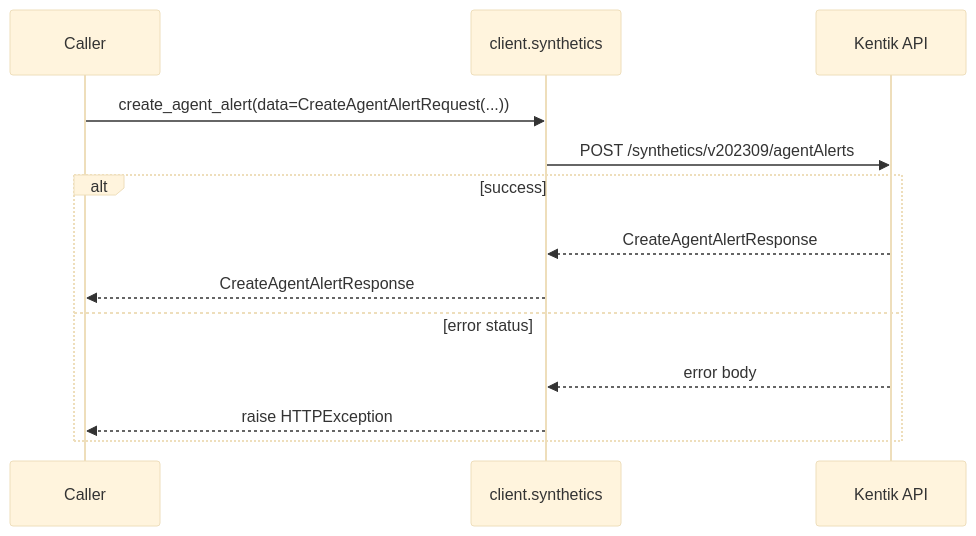
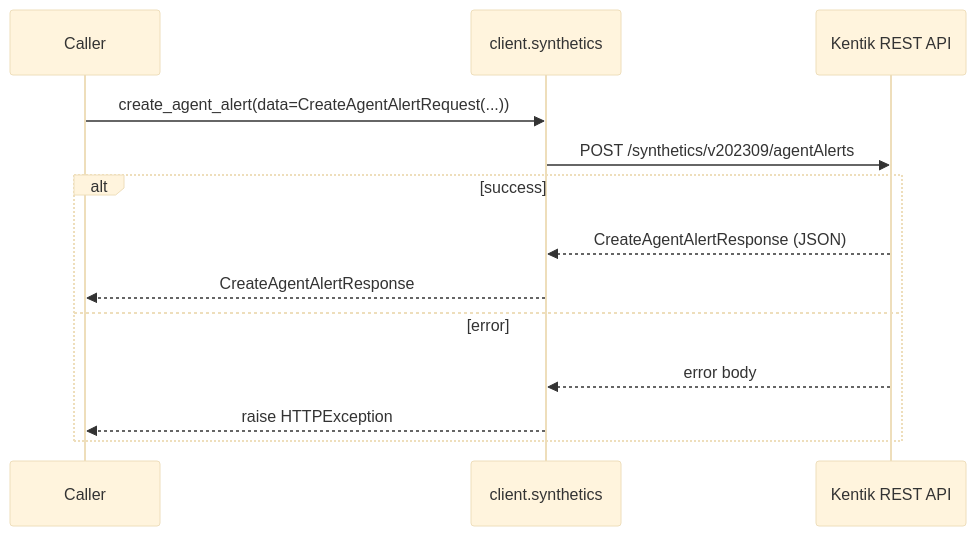
Before and after one commit to alexdearaujo/community_sdk_python: the fourth of 38 diagrams in docs/sphinx/services/synthetics.md, drawn with Mermaid (base theme). The commit also changed other lines of this file and 61 other files, not shown here.

````diff
--- a/docs/sphinx/services/synthetics.md
+++ b/docs/sphinx/services/synthetics.md
@@ -83,16 +110,16 @@
 ```mermaid
 sequenceDiagram
     participant C as Caller
     participant W as client.synthetics
-    participant API as Kentik API
+    participant API as Kentik REST API
 
     C->>W: create_agent_alert(data=CreateAgentAlertRequest(...))
     W->>API: POST /synthetics/v202309/agentAlerts
     alt success
-        API-->>W: CreateAgentAlertResponse
+        API-->>W: CreateAgentAlertResponse (JSON)
         W-->>C: CreateAgentAlertResponse
-    else error status
+    else error
         API-->>W: error body
         W-->>C: raise HTTPException
     end
 ```
````
